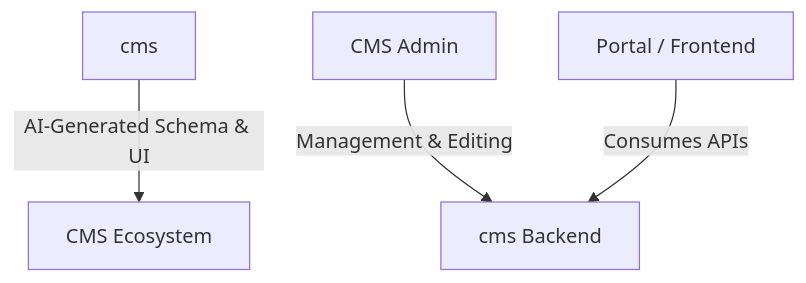
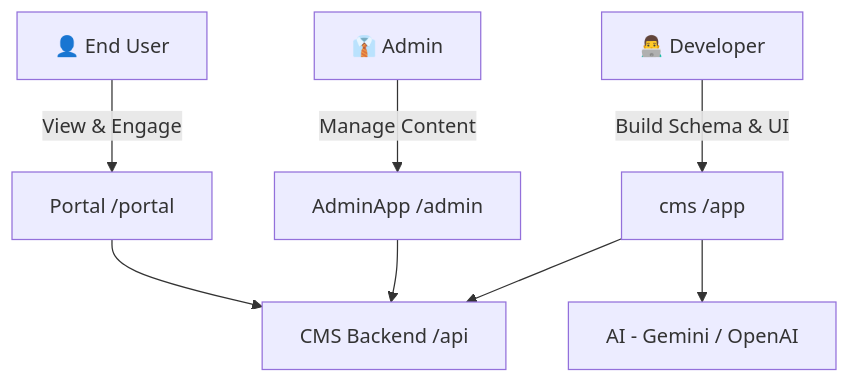
One commit to Senthil455/CMS changed the diagram in README.md. Above: the diagram before and after it, drawn with Mermaid. The commit also changed other lines of this file and 5 other files, not shown here.

````diff
--- a/README.md
+++ b/README.md
@@ -125,6 +135,11 @@
 ```mermaid
 graph TD
-    A[cms] -->|AI-Generated Schema & UI| B[CMS Ecosystem]
-    C[CMS Admin] -->|Management & Editing| D[cms Backend]
-    E[Portal / Frontend] -->|Consumes APIs| D
+    U1[👨‍💻 Developer] -->|Build Schema & UI| A[cms /app]
+    U2[👔 Admin] -->|Manage Content| C[AdminApp /admin]
+    U3[👤 End User] -->|View & Engage| D[Portal /portal]
+    
+    A --> B[CMS Backend /api]
+    A --> E[AI - Gemini / OpenAI]
+    C --> B
+    D --> B
 ```
````
